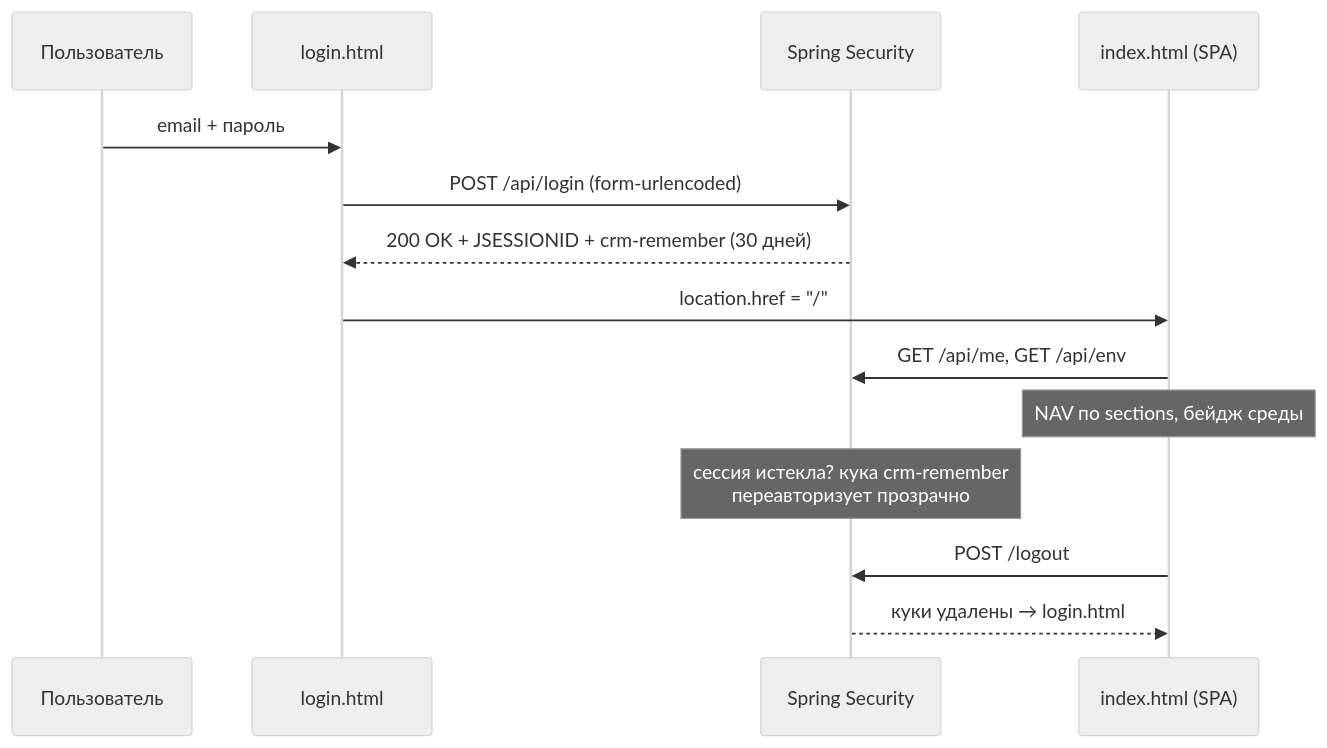
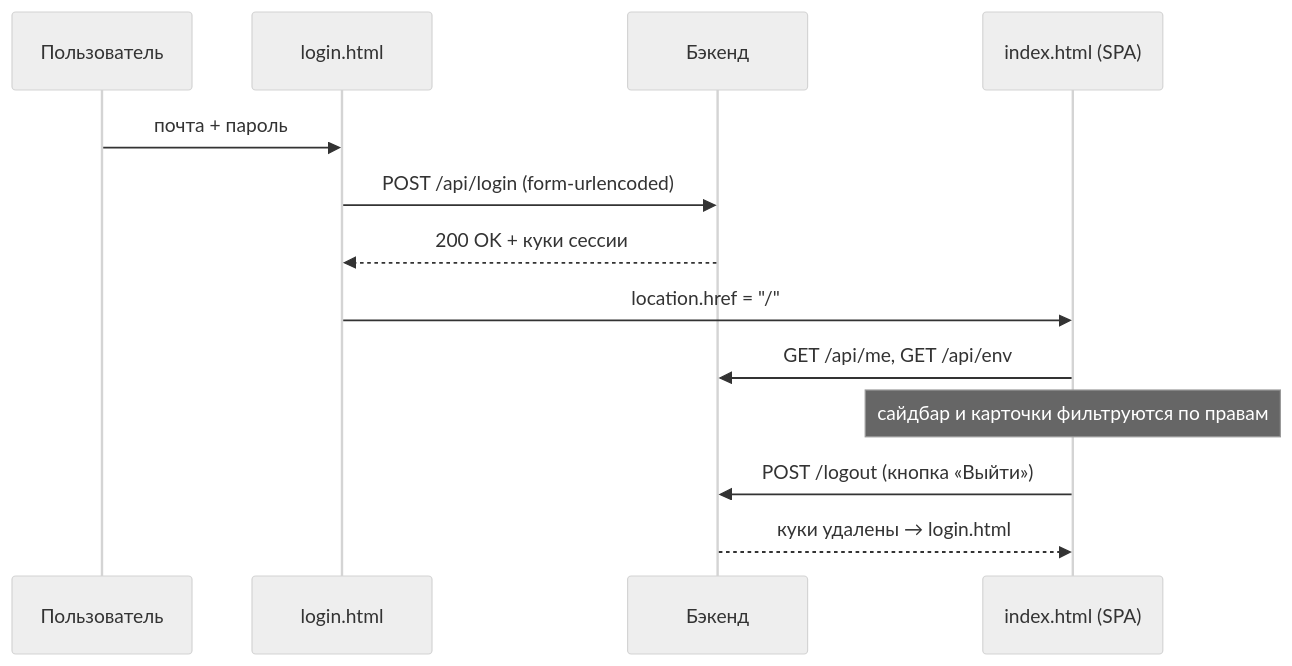
Before and after one commit to AlexRaisky/crm.banki.ru: the diagram in crm-admin/docs/Frontend/Управление доступом и вход.md, drawn with Mermaid (neutral theme). The commit also changed other lines of this file and 27 other files, not shown here.

````diff
--- a/crm-admin/docs/Frontend/Управление доступом и вход.md
+++ b/crm-admin/docs/Frontend/Управление доступом и вход.md
@@ -31,16 +23,15 @@
 ```mermaid
 sequenceDiagram
     participant U as Пользователь
     participant L as login.html
-    participant S as Spring Security
+    participant S as Бэкенд
     participant I as index.html (SPA)
-    U->>L: email + пароль
+    U->>L: почта + пароль
     L->>S: POST /api/login (form-urlencoded)
-    S-->>L: 200 OK + JSESSIONID + crm-remember (30 дней)
+    S-->>L: 200 OK + куки сессии
     L->>I: location.href = "/"
     I->>S: GET /api/me, GET /api/env
-    Note over I: NAV по sections, бейдж среды
-    Note over S: сессия истекла? кука crm-remember<br/>переавторизует прозрачно
-    I->>S: POST /logout
+    Note over I: сайдбар и карточки фильтруются по правам
+    I->>S: POST /logout (кнопка «Выйти»)
     S-->>I: куки удалены → login.html
 ```
````
